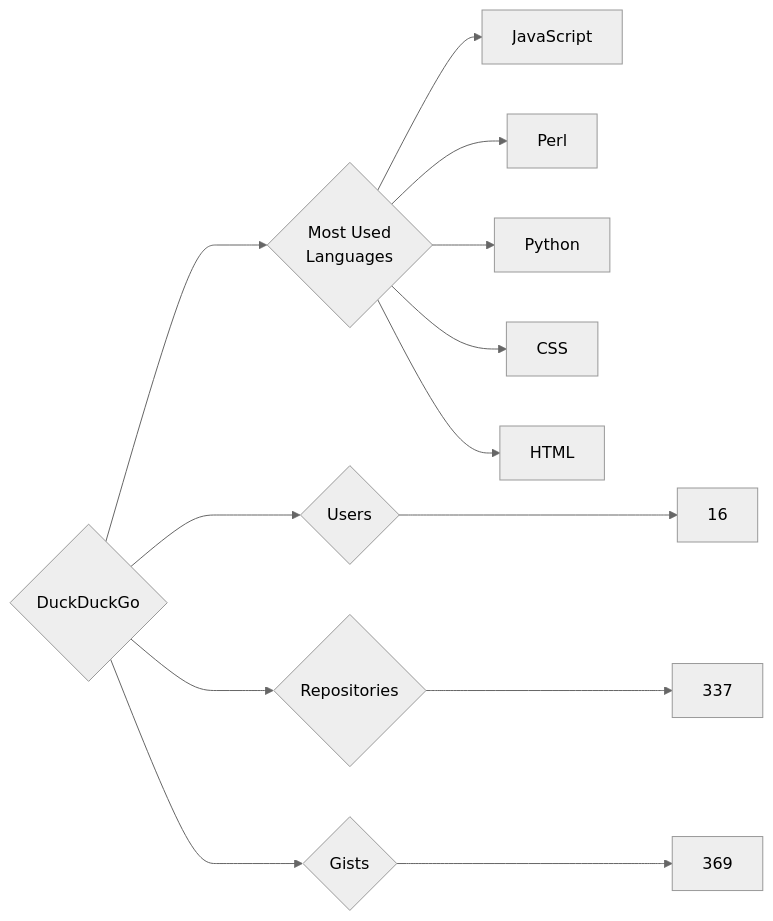
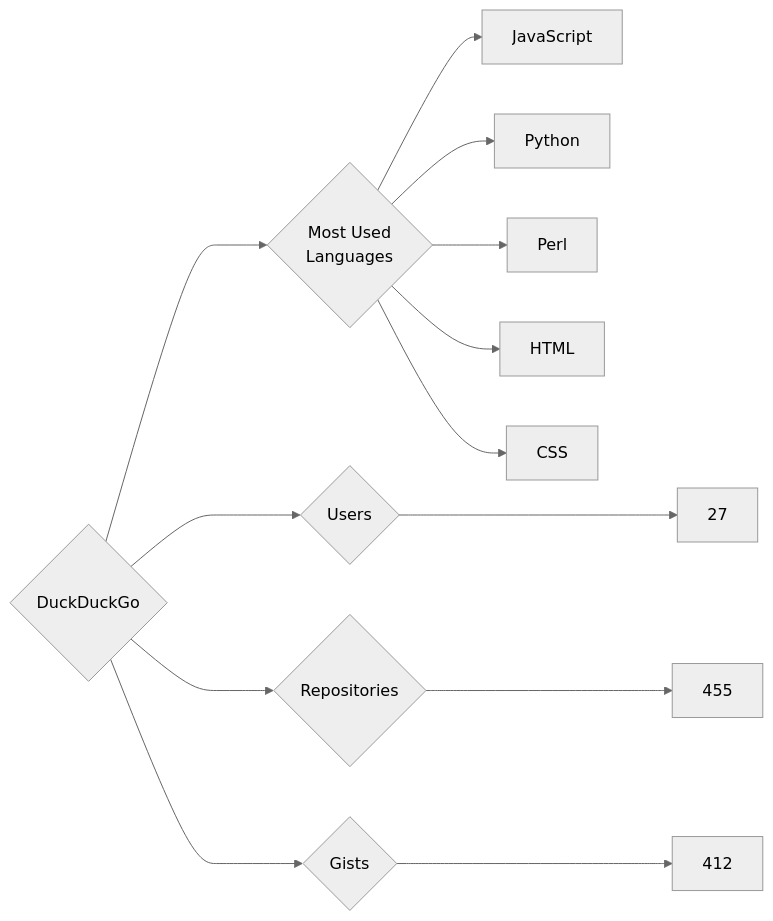
The diagram in targets/DuckDuckGo/README.md (trickest/insiders), drawn with Mermaid (neutral theme) before and after one commit. The commit also changed 930 other files, not shown here.

````diff
--- a/targets/DuckDuckGo/README.md
+++ b/targets/DuckDuckGo/README.md
@@ -3,13 +3,13 @@
 ```mermaid
 graph LR
 COMPANY_NAME{DuckDuckGo}
-COMPANY_NAME ---> U{Users} ---> UN[16]
-COMPANY_NAME ---> R{Repositories} ---> RN[337]
-COMPANY_NAME ---> G{Gists} ---> GN[369]
+COMPANY_NAME ---> U{Users} ---> UN[27]
+COMPANY_NAME ---> R{Repositories} ---> RN[455]
+COMPANY_NAME ---> G{Gists} ---> GN[412]
 COMPANY_NAME ---> ML{Most Used<br>Languages}
 ML --> JavaScript[JavaScript]
+ML --> Python[Python]
 ML --> Perl[Perl]
-ML --> Python[Python]
+ML --> HTML[HTML]
 ML --> CSS[CSS]
-ML --> HTML[HTML]
 ```
````
